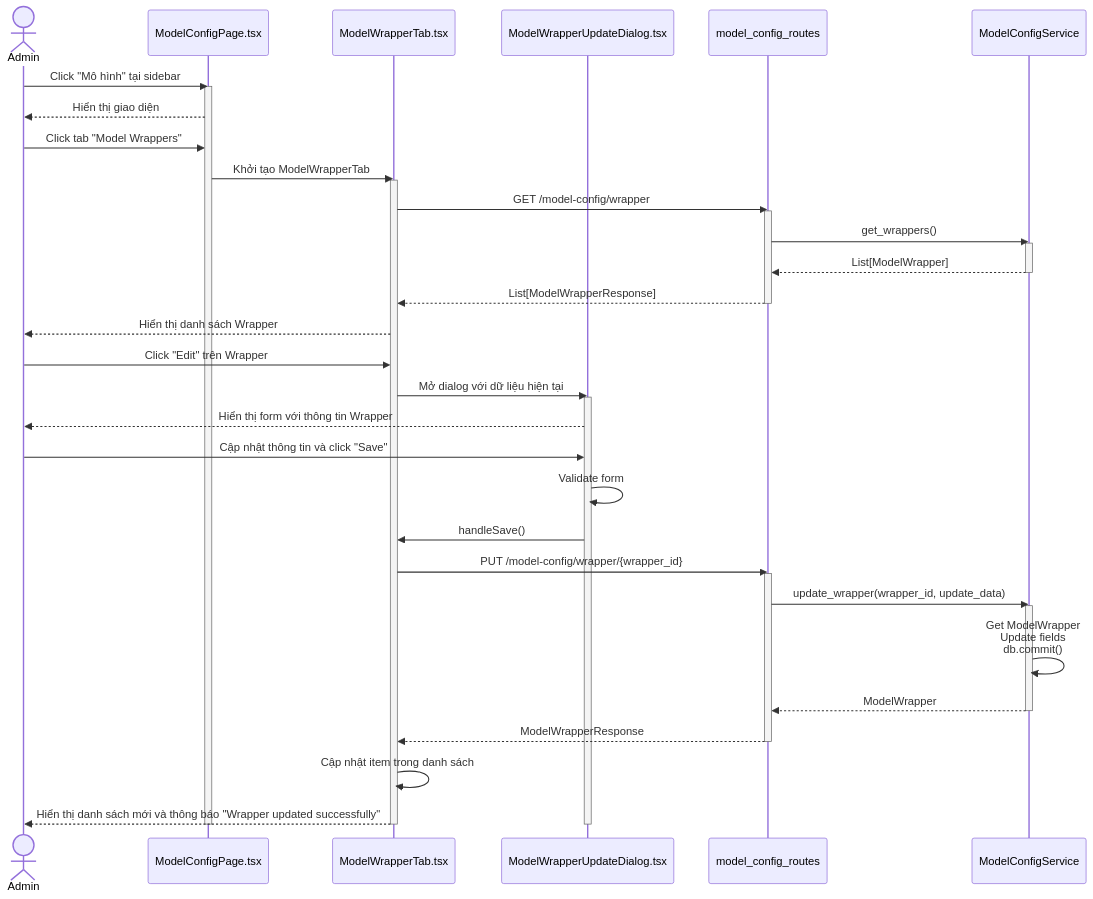
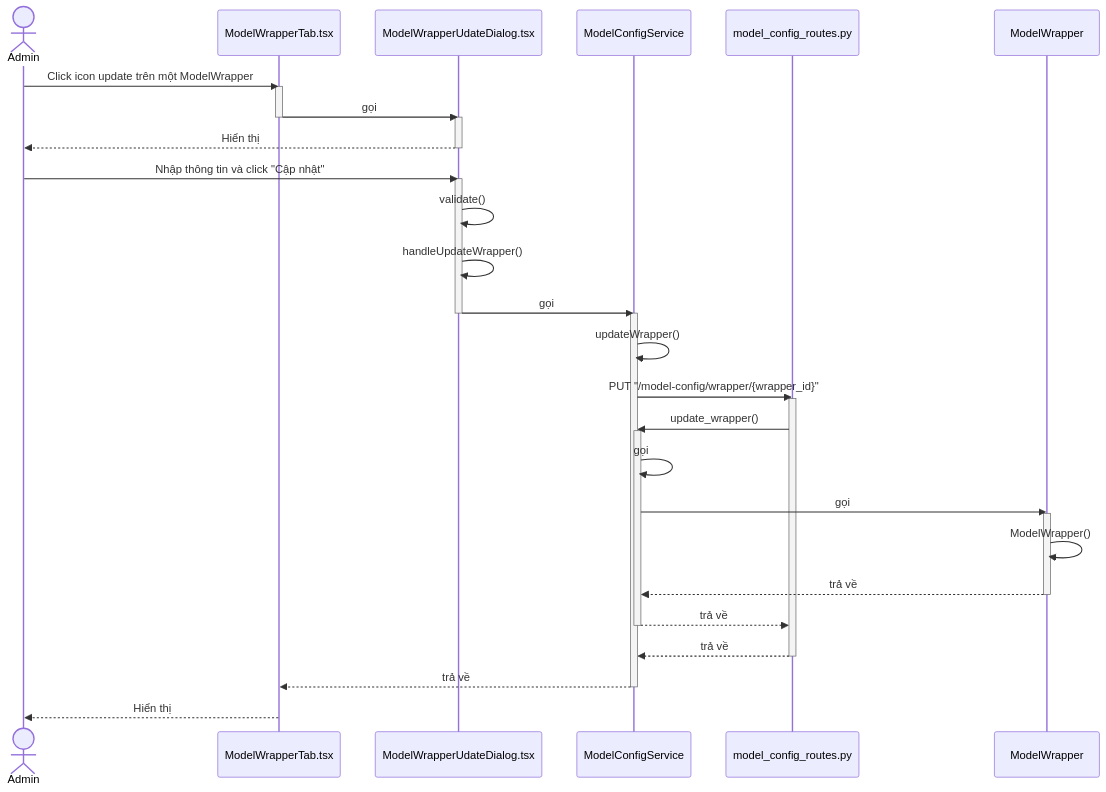
One commit to mduc-2610/gp_doc changed the eighth of 9 diagrams in model_config/4_model_config_seq.md. Above: the diagram before and after it, drawn with Mermaid. The commit also changed other lines of this file and 34 other files, not shown here.

````diff
--- a/model_config/4_model_config_seq.md
+++ b/model_config/4_model_config_seq.md
@@ -491,56 +469,54 @@
 ```mermaid
 sequenceDiagram
     actor Admin
-    participant ModelConfigPage as ModelConfigPage.tsx
     participant ModelWrapperTab as ModelWrapperTab.tsx
-    participant ModelWrapperUpdateDialog as ModelWrapperUpdateDialog.tsx
-    participant ModelConfigRoutes as model_config_routes
+    participant ModelWrapperUdateDialog as ModelWrapperUdateDialog.tsx
     participant ModelConfigService as ModelConfigService
+    participant ModelConfigRoutes as model_config_routes.py
+    participant ModelConfigService as ModelConfigService
+    participant ModelWrapper as ModelWrapper
 
-    Admin->>ModelConfigPage: Click "Mô hình" tại sidebar
-    activate ModelConfigPage
-    ModelConfigPage-->>Admin: Hiển thị giao diện
-    
-    Admin->>ModelConfigPage: Click tab "Model Wrappers"
-    ModelConfigPage->>ModelWrapperTab: Khởi tạo ModelWrapperTab
+    Admin->>ModelWrapperTab: Click icon update trên một ModelWrapper
     activate ModelWrapperTab
     
-    ModelWrapperTab->>ModelConfigRoutes: GET /model-config/wrapper
+    ModelWrapperTab->>ModelWrapperUdateDialog: gọi
+    deactivate ModelWrapperTab
+    activate ModelWrapperUdateDialog
+    ModelWrapperUdateDialog-->>Admin: Hiển thị
+    deactivate ModelWrapperUdateDialog
+    
+    Admin->>ModelWrapperUdateDialog: Nhập thông tin và click "Cập nhật"
+    activate ModelWrapperUdateDialog
+    
+    ModelWrapperUdateDialog->>ModelWrapperUdateDialog: validate()
+    ModelWrapperUdateDialog->>ModelWrapperUdateDialog: handleUpdateWrapper()
+    ModelWrapperUdateDialog->>ModelConfigService: gọi
+    deactivate ModelWrapperUdateDialog
+    activate ModelConfigService
+    
+    ModelConfigService->>ModelConfigService: updateWrapper()
+    ModelConfigService->>ModelConfigRoutes: PUT "/model-config/wrapper/{wrapper_id}"
     activate ModelConfigRoutes
-    ModelConfigRoutes->>ModelConfigService: get_wrappers()
+    
+    ModelConfigRoutes->>ModelConfigService: update_wrapper()
     activate ModelConfigService
-    ModelConfigService-->>ModelConfigRoutes: List[ModelWrapper]
+    
+    ModelConfigService->>ModelConfigService: gọi
+    ModelConfigService->>ModelWrapper: gọi
+    activate ModelWrapper
+    
+    ModelWrapper->>ModelWrapper: ModelWrapper()
+    ModelWrapper-->>ModelConfigService: trả về
+    deactivate ModelWrapper
+    
+    ModelConfigService-->>ModelConfigRoutes: trả về
     deactivate ModelConfigService
-    ModelConfigRoutes-->>ModelWrapperTab: List[ModelWrapperResponse]
+    
+    ModelConfigRoutes-->>ModelConfigService: trả về
     deactivate ModelConfigRoutes
     
-    ModelWrapperTab-->>Admin: Hiển thị danh sách Wrapper
+    ModelConfigService-->>ModelWrapperTab: trả về
+    deactivate ModelConfigService
     
-    Admin->>ModelWrapperTab: Click "Edit" trên Wrapper
-    ModelWrapperTab->>ModelWrapperUpdateDialog: Mở dialog với dữ liệu hiện tại
-    activate ModelWrapperUpdateDialog
-    ModelWrapperUpdateDialog-->>Admin: Hiển thị form với thông tin Wrapper
-    
-    Admin->>ModelWrapperUpdateDialog: Cập nhật thông tin và click "Save"
-    ModelWrapperUpdateDialog->>ModelWrapperUpdateDialog: Validate form
-    ModelWrapperUpdateDialog->>ModelWrapperTab: handleSave()
-    
-    ModelWrapperTab->>ModelConfigRoutes: PUT /model-config/wrapper/{wrapper_id}
-    activate ModelConfigRoutes
-    ModelConfigRoutes->>ModelConfigService: update_wrapper(wrapper_id, update_data)
-    activate ModelConfigService
-    
-    ModelConfigService->>ModelConfigService: Get ModelWrapper<br/>Update fields<br/>db.commit()
-    
-    ModelConfigService-->>ModelConfigRoutes: ModelWrapper
-    deactivate ModelConfigService
-    ModelConfigRoutes-->>ModelWrapperTab: ModelWrapperResponse
-    deactivate ModelConfigRoutes
-    
-    ModelWrapperTab->>ModelWrapperTab: Cập nhật item trong danh sách
-    ModelWrapperTab-->>Admin: Hiển thị danh sách mới và thông báo "Wrapper updated successfully"
-    
-    deactivate ModelWrapperUpdateDialog
-    deactivate ModelWrapperTab
-    deactivate ModelConfigPage
+    ModelWrapperTab-->>Admin: Hiển thị
 ```
````
